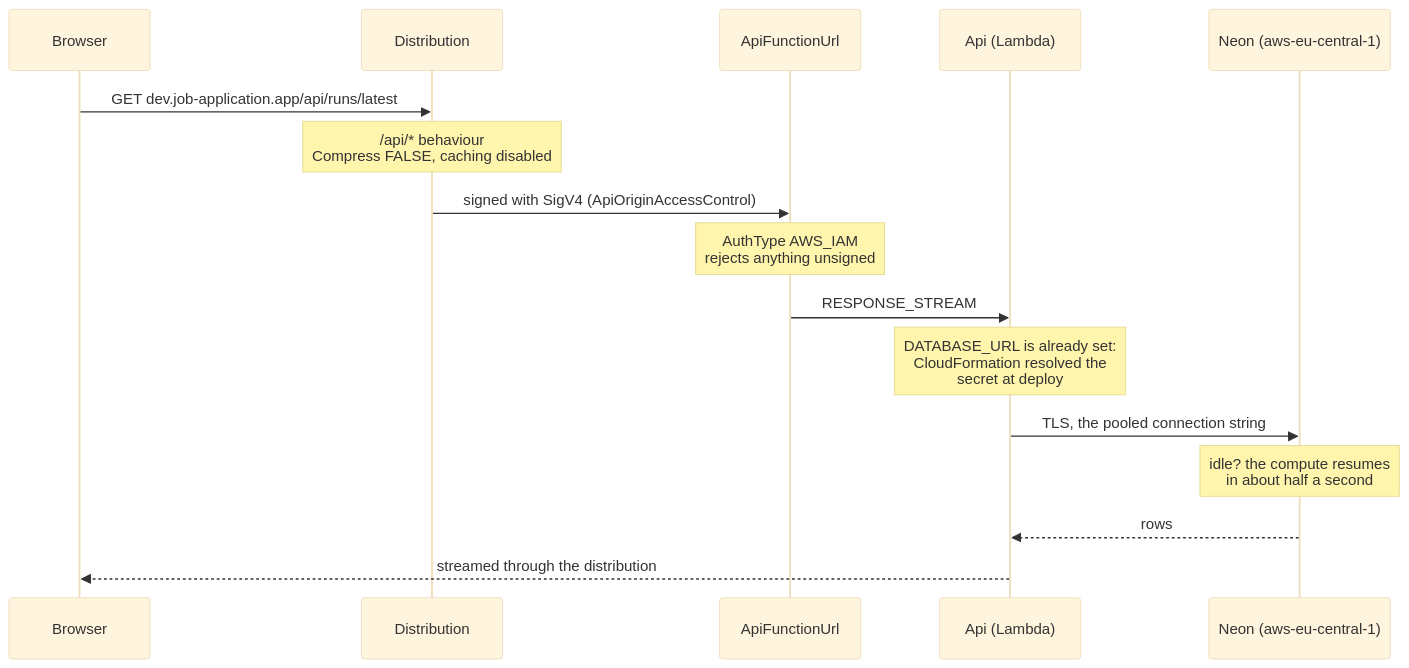
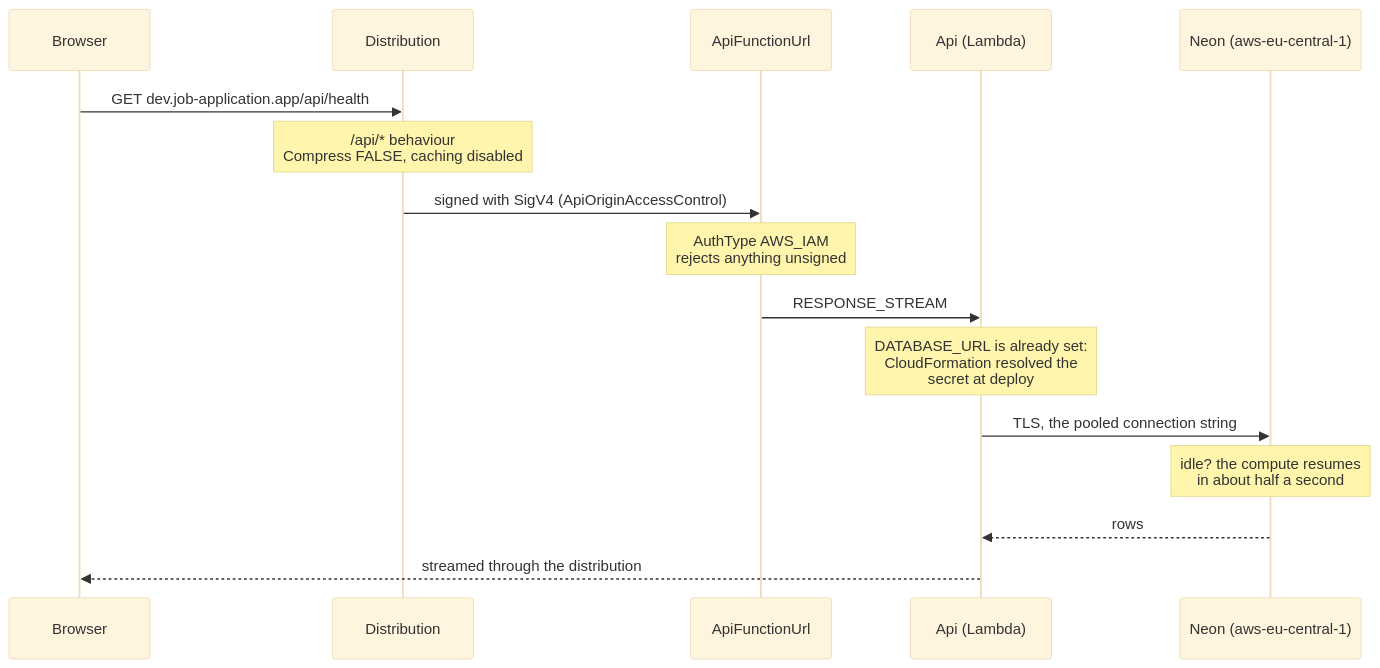
The fourth of 5 diagrams in infra/architecture.md (Ovich/job-application-ai), drawn with Mermaid (base theme) before and after one commit. The commit also changed other lines of this file and 32 other files, not shown here.

````diff
--- a/infra/architecture.md
+++ b/infra/architecture.md
@@ -355,18 +355,18 @@
 ```mermaid
 sequenceDiagram
   participant B as Browser
   participant D as Distribution
   participant U as ApiFunctionUrl
   participant F as Api (Lambda)
   participant C as Neon (aws-eu-central-1)
-  B->>D: GET dev.job-application.app/api/runs/latest
+  B->>D: GET dev.job-application.app/api/health
   Note over D: /api/* behaviour<br/>Compress FALSE, caching disabled
   D->>U: signed with SigV4 (ApiOriginAccessControl)
   Note over U: AuthType AWS_IAM<br/>rejects anything unsigned
   U->>F: RESPONSE_STREAM
   Note over F: DATABASE_URL is already set:<br/>CloudFormation resolved the<br/>secret at deploy
   F->>C: TLS, the pooled connection string
   Note over C: idle? the compute resumes<br/>in about half a second
   C-->>F: rows
   F-->>B: streamed through the distribution
 ```
````
